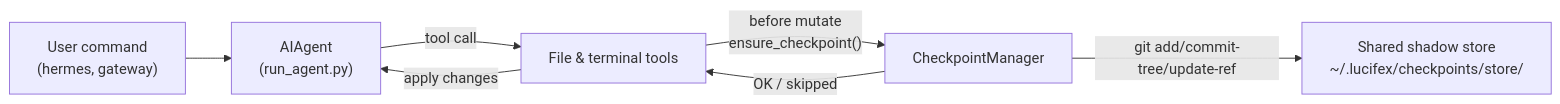
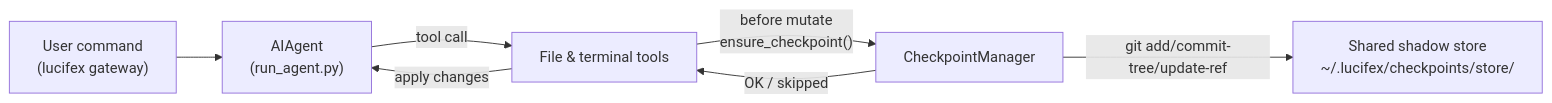
Before and after one commit to Gabrie-yx/lucifexia: the diagram in website/i18n/zh-Hans/docusaurus-plugin-content-docs/current/user-guide/checkpoints-and-rollback.md, drawn with Mermaid. The commit also changed other lines of this file and 1665 other files, not shown here.

````diff
--- a/website/i18n/zh-Hans/docusaurus-plugin-content-docs/current/user-guide/checkpoints-and-rollback.md
+++ b/website/i18n/zh-Hans/docusaurus-plugin-content-docs/current/user-guide/checkpoints-and-rollback.md
@@ -69,15 +69,15 @@
 ```mermaid
 flowchart LR
-  user["User command\n(hermes, gateway)"]
+  user["User command\n(lucifex gateway)"]
   agent["AIAgent\n(run_agent.py)"]
   tools["File & terminal tools"]
   cpMgr["CheckpointManager"]
   store["Shared shadow store\n~/.lucifex/checkpoints/store/"]
 
   user --> agent
   agent -->|"tool call"| tools
   tools -->|"before mutate\nensure_checkpoint()"| cpMgr
   cpMgr -->|"git add/commit-tree/update-ref"| store
   cpMgr -->|"OK / skipped"| tools
   tools -->|"apply changes"| agent
 ```
````
